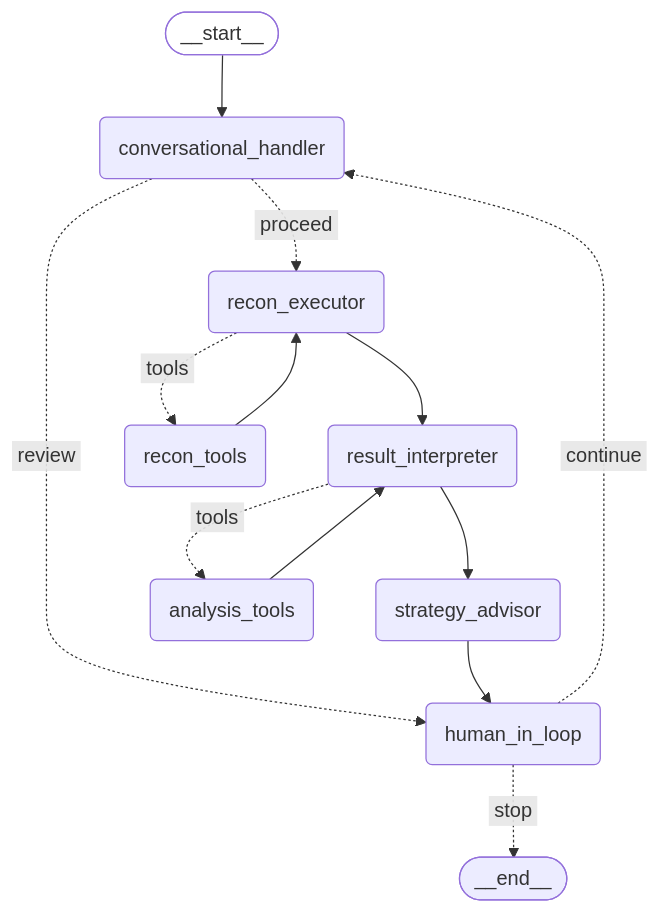
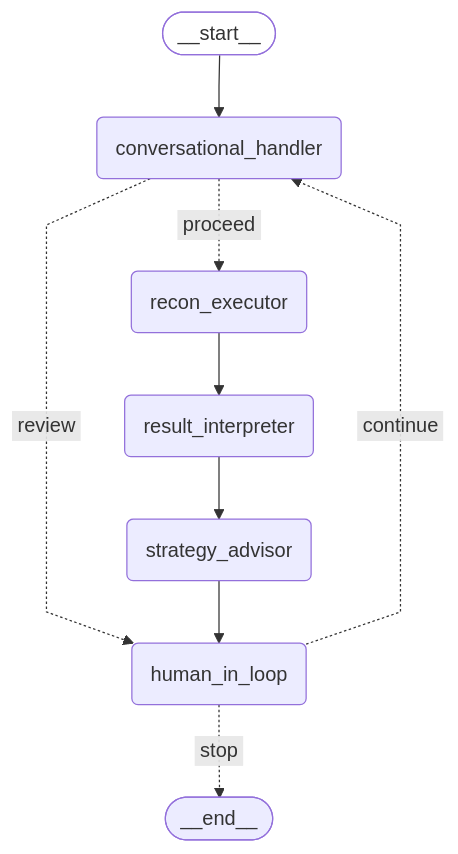
The diagram in README.md (vksundararajan/AdaptiveFuzz), drawn with Mermaid before and after one commit. The commit also changed other lines of this file and 11 other files, not shown here.

Commit message:
[CHANGE] Remove unused recon and analysis tools from architecture diagram

````diff
--- a/README.md
+++ b/README.md
@@ -43,32 +19,26 @@
 ```mermaid
 ---
 config:
   flowchart:
-    curve: CARDINAL
+    curve: linear
 ---
 graph TD;
 	__start__([<p>__start__</p>]):::first
 	conversational_handler(conversational_handler)
 	recon_executor(recon_executor)
 	result_interpreter(result_interpreter)
 	strategy_advisor(strategy_advisor)
 	human_in_loop(human_in_loop)
-	recon_tools(recon_tools)
-	analysis_tools(analysis_tools)
 	__end__([<p>__end__</p>]):::last
 	__start__ --> conversational_handler;
-	analysis_tools --> result_interpreter;
 	conversational_handler -. &nbsp;review&nbsp; .-> human_in_loop;
 	conversational_handler -. &nbsp;proceed&nbsp; .-> recon_executor;
 	human_in_loop -. &nbsp;stop&nbsp; .-> __end__;
 	human_in_loop -. &nbsp;continue&nbsp; .-> conversational_handler;
-	recon_executor -. &nbsp;tools&nbsp; .-> recon_tools;
 	recon_executor --> result_interpreter;
-	recon_tools --> recon_executor;
-	result_interpreter -. &nbsp;tools&nbsp; .-> analysis_tools;
 	result_interpreter --> strategy_advisor;
 	strategy_advisor --> human_in_loop;
 	classDef default fill:,line-height:1.2
 	classDef first fill-opacity:0
 	classDef last fill:
 ```
````
